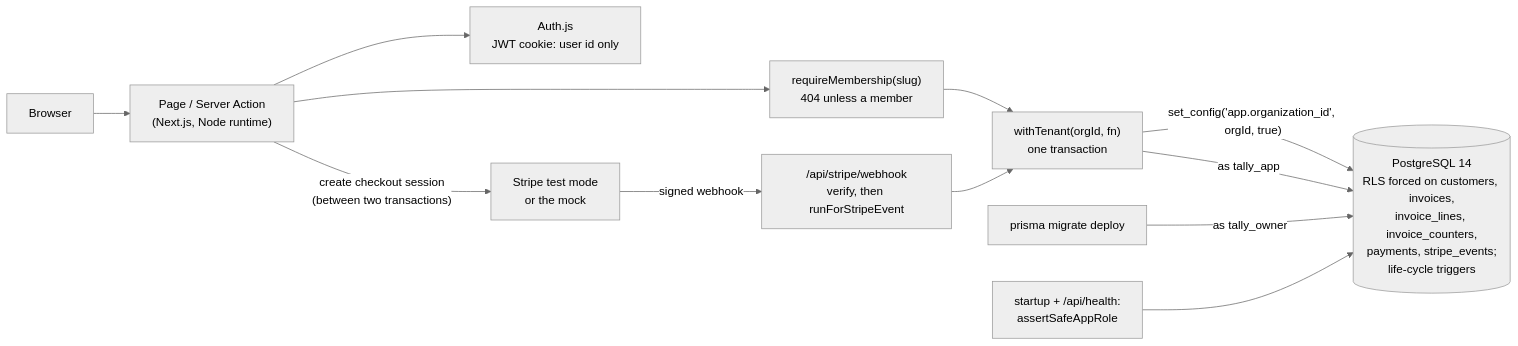
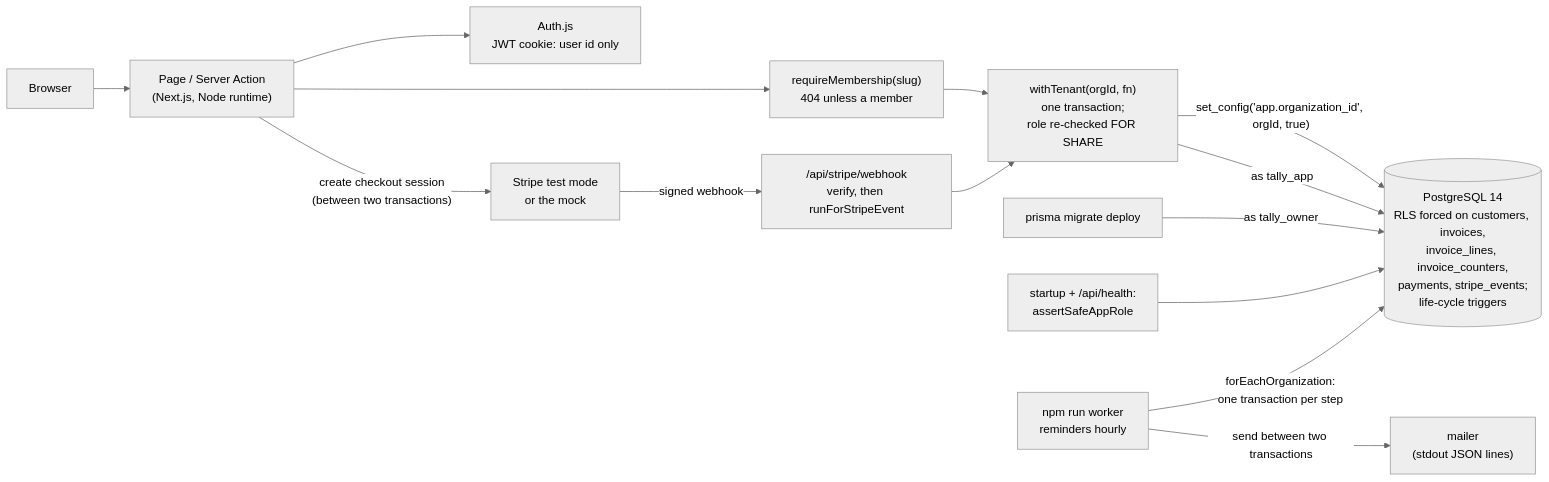
Before and after one commit to vivekdavara/tally: the diagram in README.md, drawn with Mermaid (neutral theme). The commit also changed other lines of this file, not shown here.

````diff
--- a/README.md
+++ b/README.md
@@ -65,14 +81,16 @@
 ```mermaid
 flowchart LR
     B[Browser] --> P["Page / Server Action<br/>(Next.js, Node runtime)"]
     P --> A["Auth.js<br/>JWT cookie: user id only"]
     P --> D["requireMembership(slug)<br/>404 unless a member"]
-    D --> T["withTenant(orgId, fn)<br/>one transaction"]
+    D --> T["withTenant(orgId, fn)<br/>one transaction;<br/>role re-checked FOR SHARE"]
     T -->|"set_config('app.organization_id', orgId, true)"| PG[("PostgreSQL 14<br/>RLS forced on customers, invoices,<br/>invoice_lines, invoice_counters,<br/>payments, stripe_events;<br/>life-cycle triggers")]
     T -->|"as tally_app"| PG
     M["prisma migrate deploy"] -->|"as tally_owner"| PG
     S["startup + /api/health:<br/>assertSafeAppRole"] --> PG
     P -->|"create checkout session<br/>(between two transactions)"| X["Stripe test mode<br/>or the mock"]
     X -->|"signed webhook"| W["/api/stripe/webhook<br/>verify, then runForStripeEvent"]
     W --> T
+    K["npm run worker<br/>reminders hourly"] -->|"forEachOrganization:<br/>one transaction per step"| PG
+    K -->|"send between two transactions"| MAIL["mailer<br/>(stdout JSON lines)"]
 ```
````
